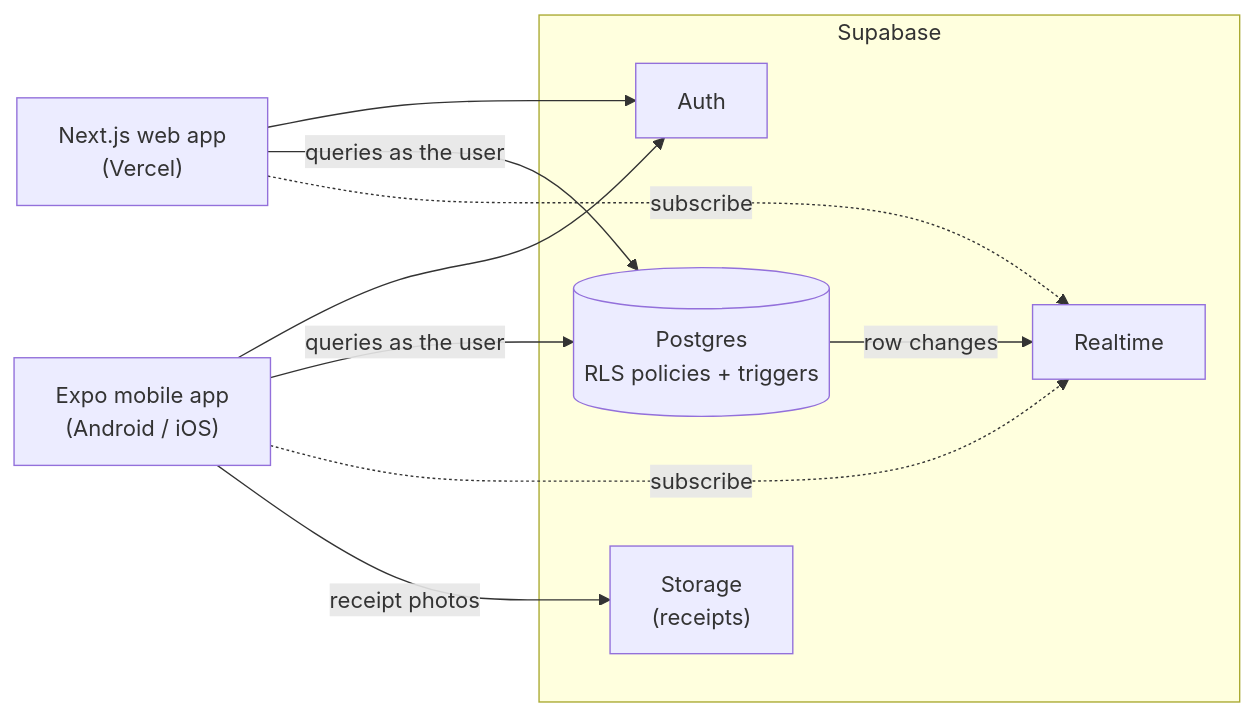
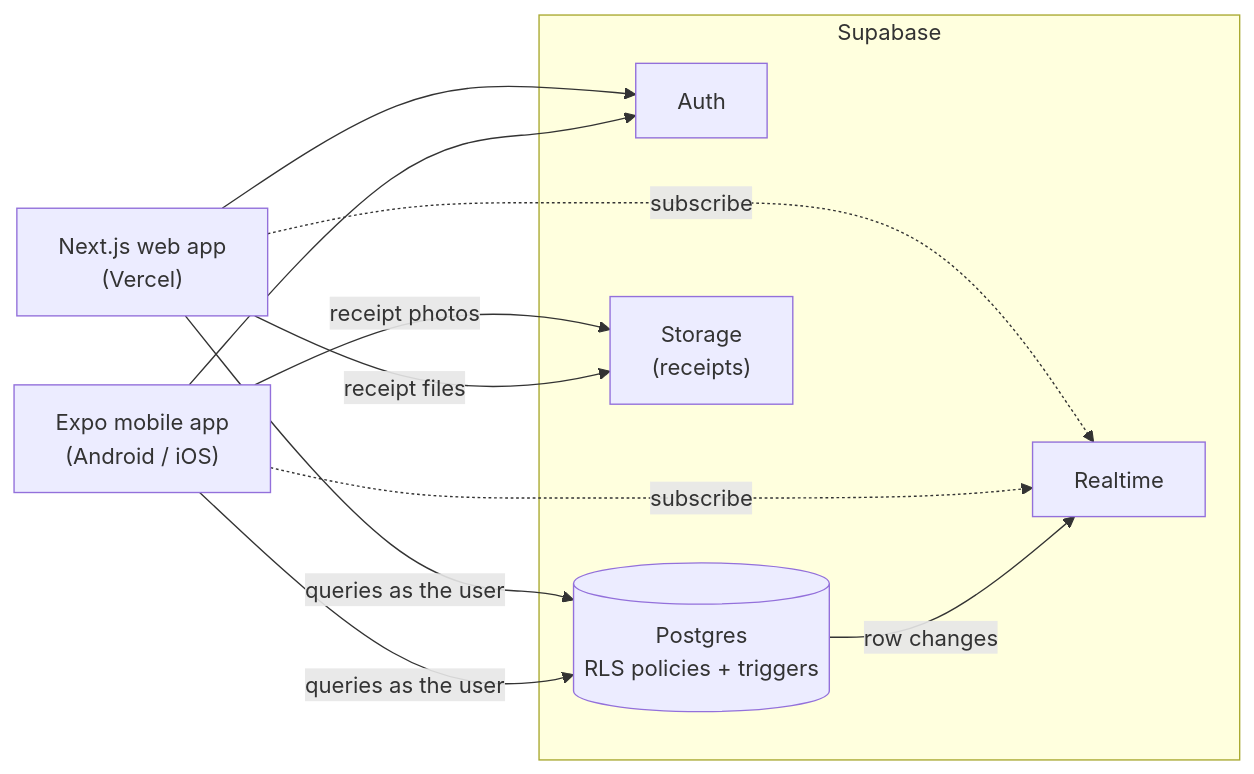
Before and after one commit to TonyDevCodes/spliteasy: the diagram in README.md, drawn with Mermaid. The commit also changed other lines of this file, not shown here.

````diff
--- a/README.md
+++ b/README.md
@@ -81,19 +81,20 @@
 ```mermaid
 flowchart LR
     web["Next.js web app<br/>(Vercel)"]
     mobile["Expo mobile app<br/>(Android / iOS)"]
     subgraph Supabase
         auth["Auth"]
         db[("Postgres<br/>RLS policies + triggers")]
         rt["Realtime"]
         storage["Storage<br/>(receipts)"]
     end
     web --> auth
     mobile --> auth
     web -- "queries as the user" --> db
     mobile -- "queries as the user" --> db
     web -. "subscribe" .-> rt
     mobile -. "subscribe" .-> rt
     mobile -- "receipt photos" --> storage
+    web -- "receipt files" --> storage
     db -- "row changes" --> rt
 ```
````
